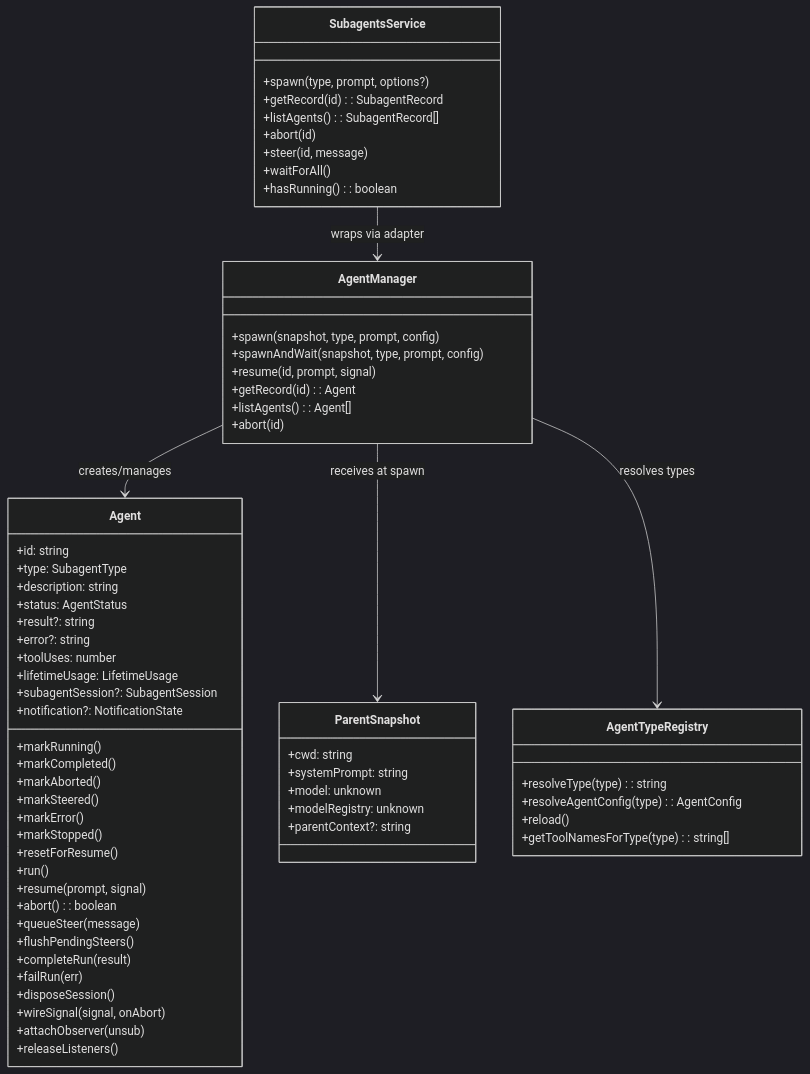
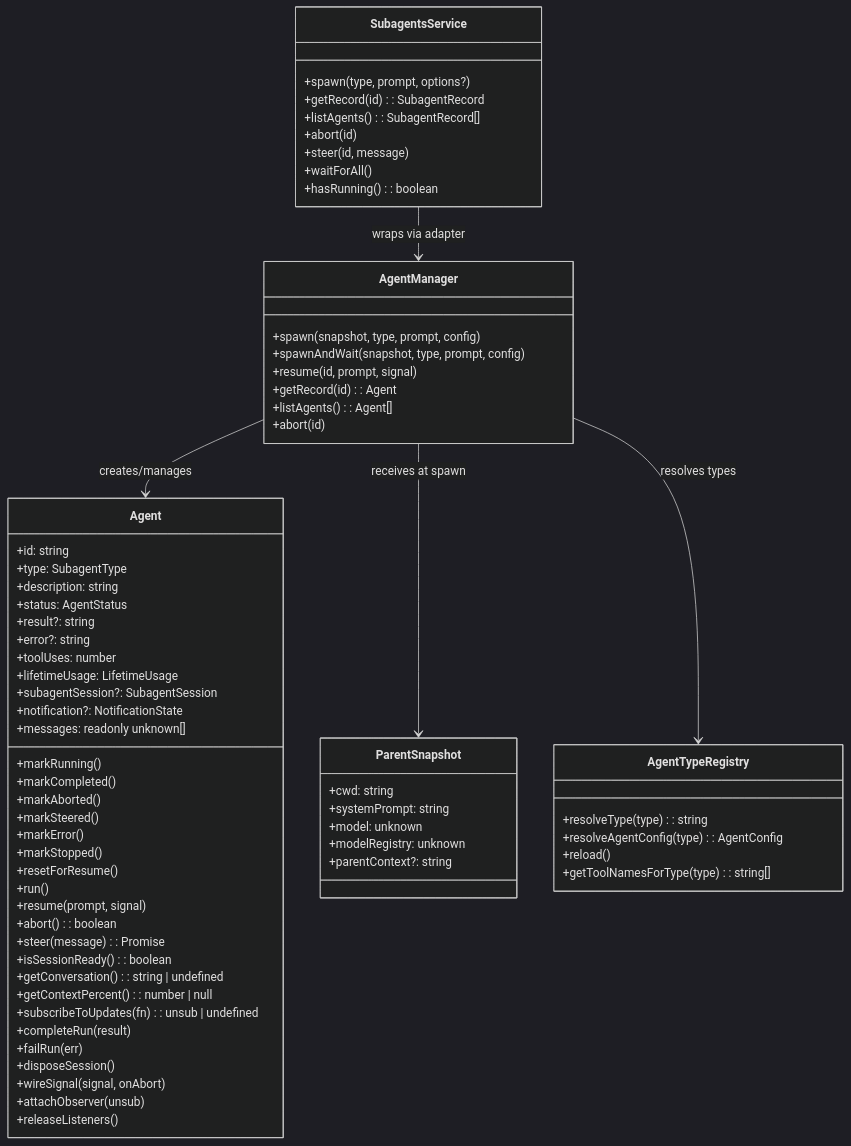
The second of 6 diagrams in packages/pi-subagents/docs/architecture/architecture.md (moekyo/pi-packages), drawn with Mermaid (dark theme) before and after one commit. The commit also changed other lines of this file, not shown here.

Commit message:
docs: fix stale Agent classDiagram and conversation-viewer description (#277)

````diff
--- a/packages/pi-subagents/docs/architecture/architecture.md
+++ b/packages/pi-subagents/docs/architecture/architecture.md
@@ -103,72 +103,76 @@
 ```mermaid
 classDiagram
     class Agent {
         +id: string
         +type: SubagentType
         +description: string
         +status: AgentStatus
         +result?: string
         +error?: string
         +toolUses: number
         +lifetimeUsage: LifetimeUsage
         +subagentSession?: SubagentSession
         +notification?: NotificationState
         +markRunning()
         +markCompleted()
         +markAborted()
         +markSteered()
         +markError()
         +markStopped()
         +resetForResume()
         +run()
         +resume(prompt, signal)
         +abort(): boolean
-        +queueSteer(message)
-        +flushPendingSteers()
+        +steer(message): Promise<boolean>
+        +isSessionReady(): boolean
+        +getConversation(): string | undefined
+        +getContextPercent(): number | null
+        +subscribeToUpdates(fn): unsub | undefined
+        +messages: readonly unknown[]
         +completeRun(result)
         +failRun(err)
         +disposeSession()
         +wireSignal(signal, onAbort)
         +attachObserver(unsub)
         +releaseListeners()
     }
 
     class AgentManager {
         +spawn(snapshot, type, prompt, config)
         +spawnAndWait(snapshot, type, prompt, config)
         +resume(id, prompt, signal)
         +getRecord(id): Agent
         +listAgents(): Agent[]
         +abort(id)
     }
 
     class AgentTypeRegistry {
         +resolveType(type): string
         +resolveAgentConfig(type): AgentConfig
         +reload()
         +getToolNamesForType(type): string[]
     }
 
     class ParentSnapshot {
         +cwd: string
         +systemPrompt: string
         +model: unknown
         +modelRegistry: unknown
         +parentContext?: string
     }
 
     class SubagentsService {
         +spawn(type, prompt, options?)
         +getRecord(id): SubagentRecord
         +listAgents(): SubagentRecord[]
         +abort(id)
         +steer(id, message)
         +waitForAll()
         +hasRunning(): boolean
     }
 
     AgentManager --> Agent : creates/manages
     AgentManager --> ParentSnapshot : receives at spawn
     SubagentsService --> AgentManager : wraps via adapter
     AgentManager --> AgentTypeRegistry : resolves types
 ```
````
